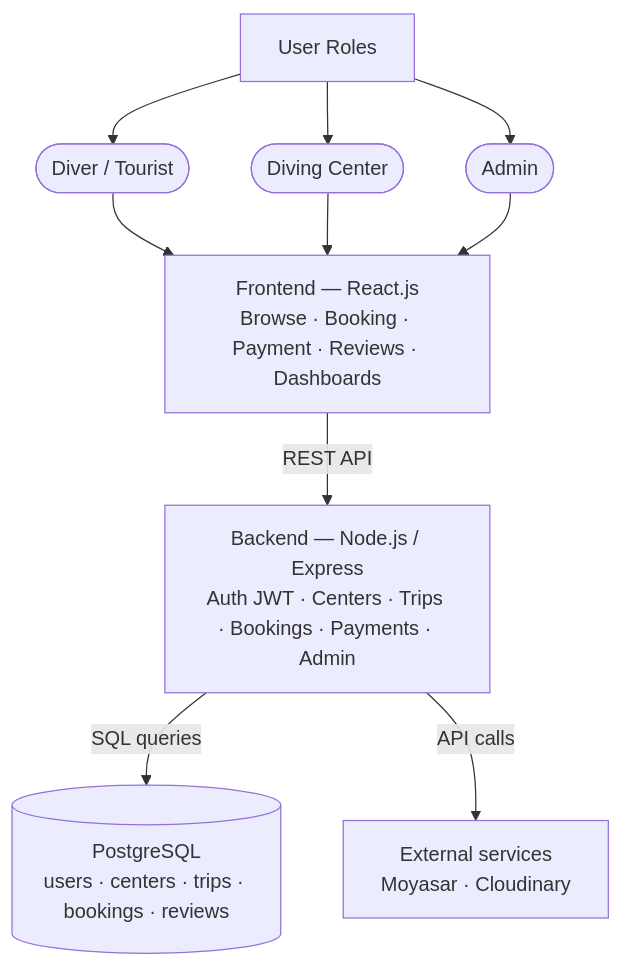
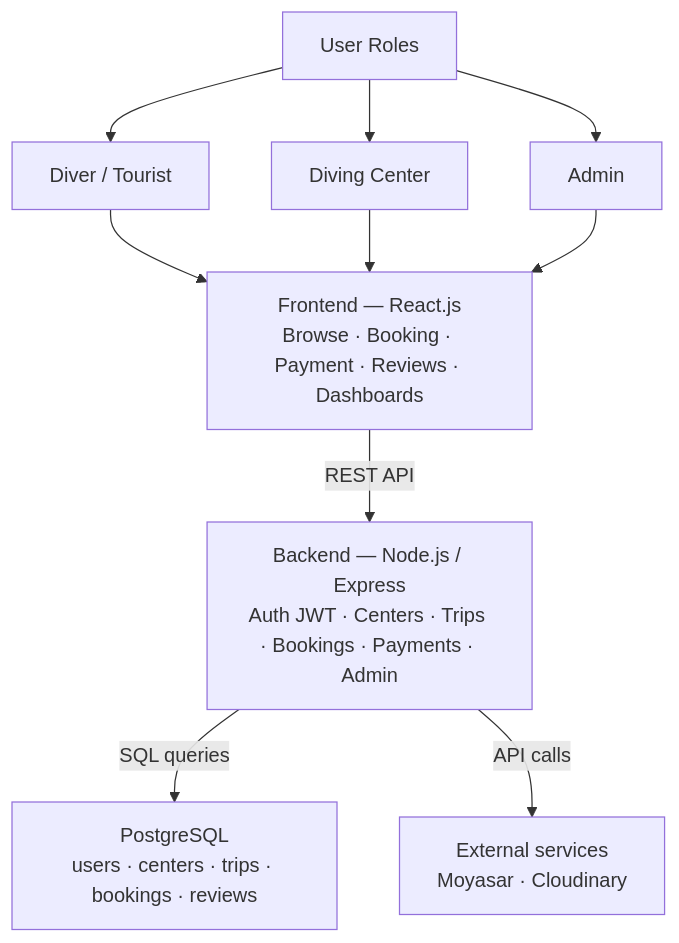
One commit to laradreamer79/Portfolio-Project changed the first of 6 diagrams in stage3/README.md. Above: the diagram before and after it, drawn with Mermaid.

Commit message:
style: use rectangular shapes only in architecture diagram

````diff
--- a/stage3/README.md
+++ b/stage3/README.md
@@ -81,29 +81,29 @@
 ```mermaid
 flowchart TB
     Roles[User Roles]
 
-    Roles --> actor1([Diver / Tourist])
-    Roles --> actor2([Diving Center])
-    Roles --> actor3([Admin])
+    Roles --> actor1[Diver / Tourist]
+    Roles --> actor2[Diving Center]
+    Roles --> actor3[Admin]
 
     actor1 --> FE
     actor2 --> FE
     actor3 --> FE
 
     FE["Frontend — React.js
 Browse · Booking · Payment · Reviews · Dashboards"]
 
     FE -->|REST API| BE
 
     BE["Backend — Node.js / Express
 Auth JWT · Centers · Trips · Bookings · Payments · Admin"]
 
     BE -->|SQL queries| DB
     BE -->|API calls| EXT
 
-    DB[("PostgreSQL
-users · centers · trips · bookings · reviews")]
+    DB["PostgreSQL
+users · centers · trips · bookings · reviews"]
 
     EXT["External services
 Moyasar · Cloudinary"]
 ```
````
